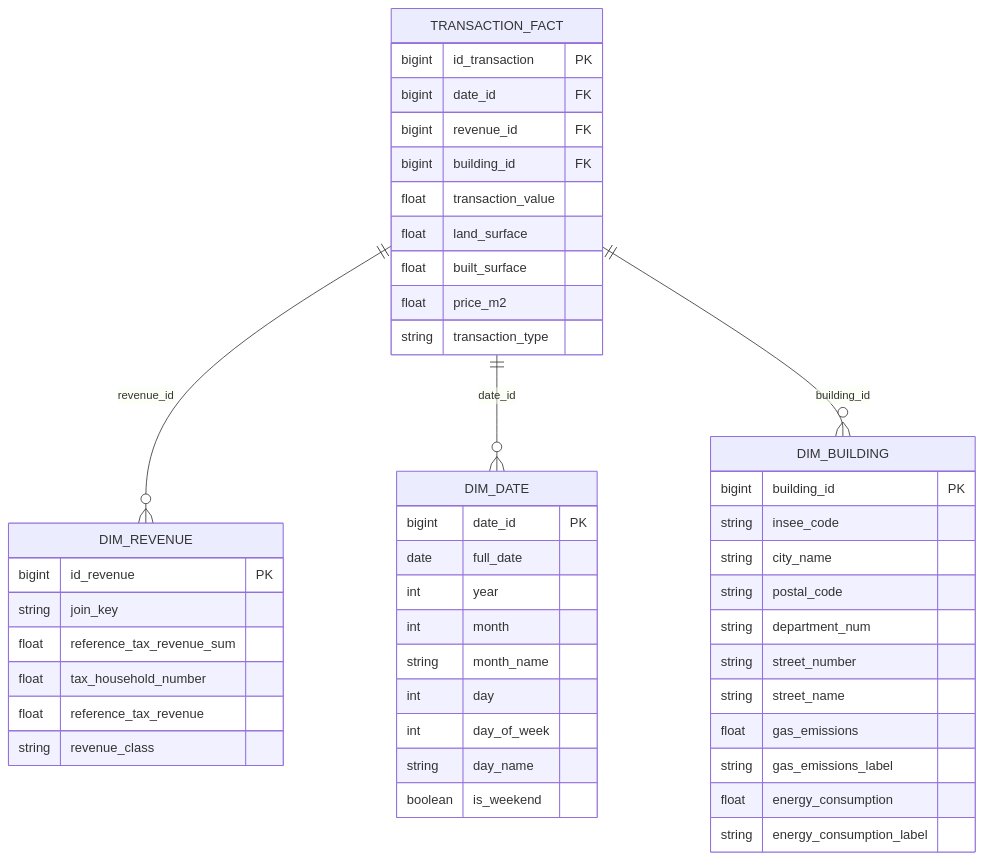
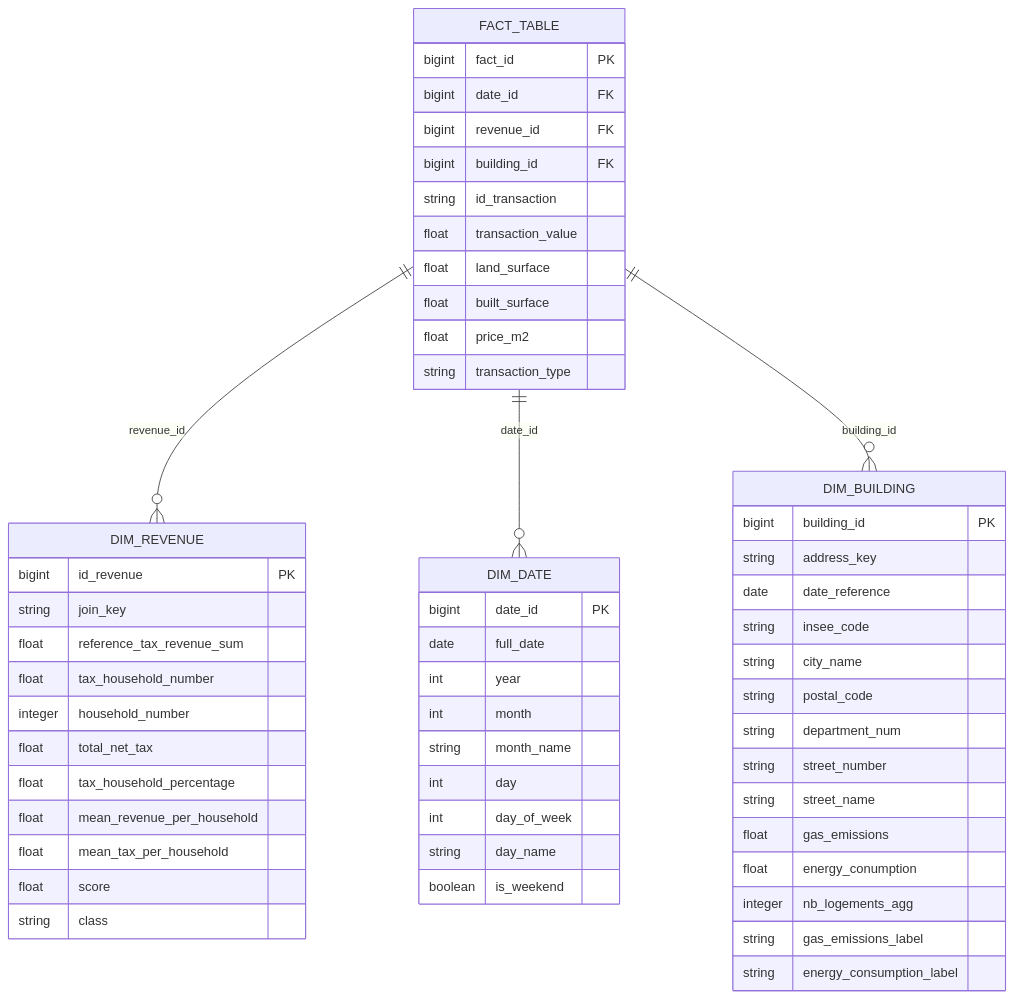
The diagram in README.md (LucSAMAIN/city_vibe), drawn with Mermaid before and after one commit.

Commit message:
refactor: update star schema

````diff
--- a/README.md
+++ b/README.md
@@ -113,53 +113,62 @@
 ```mermaid
 erDiagram
-    TRANSACTION_FACT ||--o{ DIM_REVENUE : "revenue_id"
-    TRANSACTION_FACT ||--o{ DIM_DATE : "date_id"
-    TRANSACTION_FACT ||--o{ DIM_BUILDING : "building_id"
+    FACT_TABLE ||--o{ DIM_REVENUE : "revenue_id"
+    FACT_TABLE ||--o{ DIM_DATE : "date_id"
+    FACT_TABLE ||--o{ DIM_BUILDING : "building_id"
     
-    TRANSACTION_FACT {
-        bigint id_transaction PK
+    FACT_TABLE {
+        bigint fact_id PK
         bigint date_id FK
         bigint revenue_id FK
         bigint building_id FK
+        string id_transaction
         float transaction_value
         float land_surface
         float built_surface
         float price_m2
         string transaction_type
     }
     
     DIM_REVENUE {
         bigint id_revenue PK
         string join_key
         float reference_tax_revenue_sum
         float tax_household_number
-        float reference_tax_revenue
-        string revenue_class
+        integer household_number
+        float total_net_tax
+        float tax_household_percentage
+        float mean_revenue_per_household
+        float mean_tax_per_household
+        float score
+        string class
     }
     
     DIM_DATE {
         bigint date_id PK
         date full_date
         int year
         int month
         string month_name
         int day
         int day_of_week
         string day_name
         boolean is_weekend
     }
 
     DIM_BUILDING {
         bigint building_id PK
+        string address_key
+        date date_reference
         string insee_code
         string city_name
         string postal_code
         string department_num
         string street_number
         string street_name
         float gas_emissions
+        float energy_conumption
+        integer nb_logements_agg
         string gas_emissions_label
-        float energy_consumption
         string energy_consumption_label
     }
 ```
````
